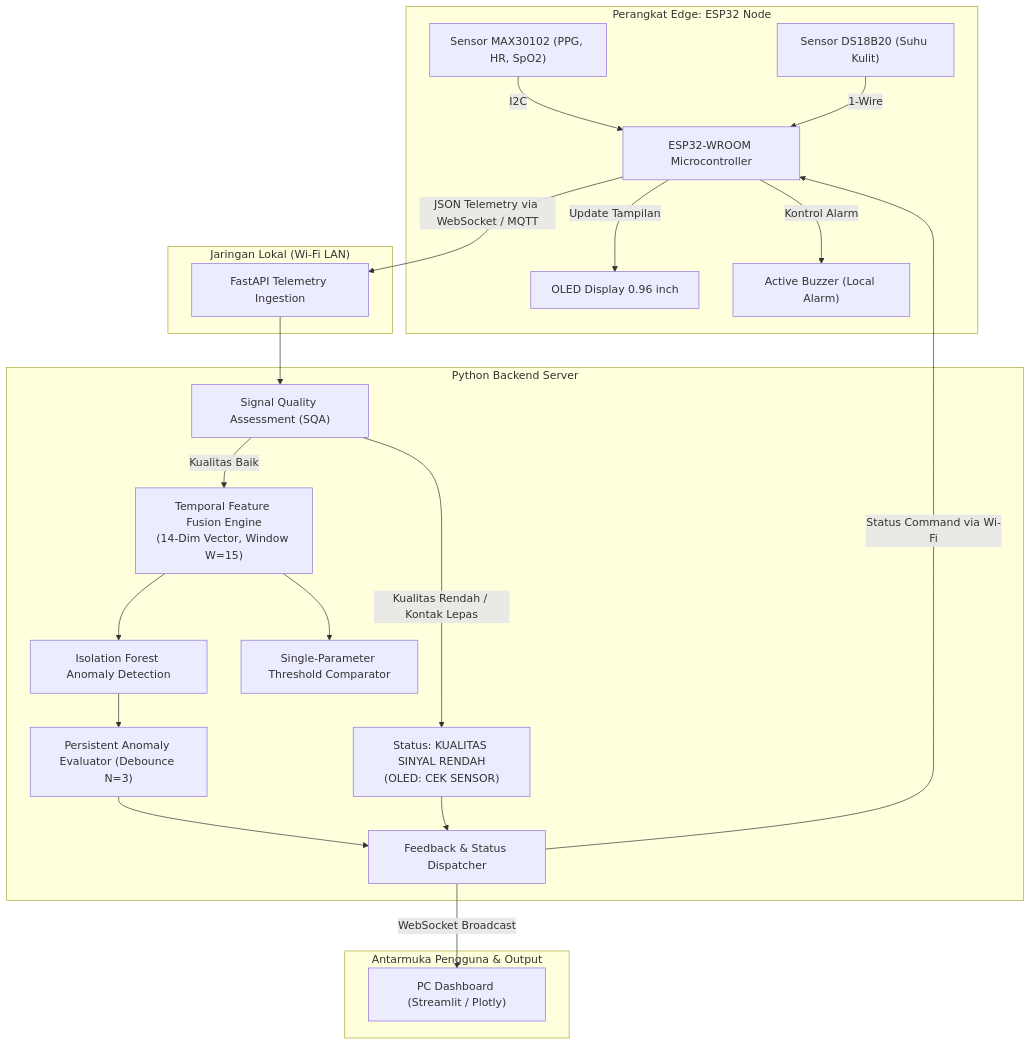
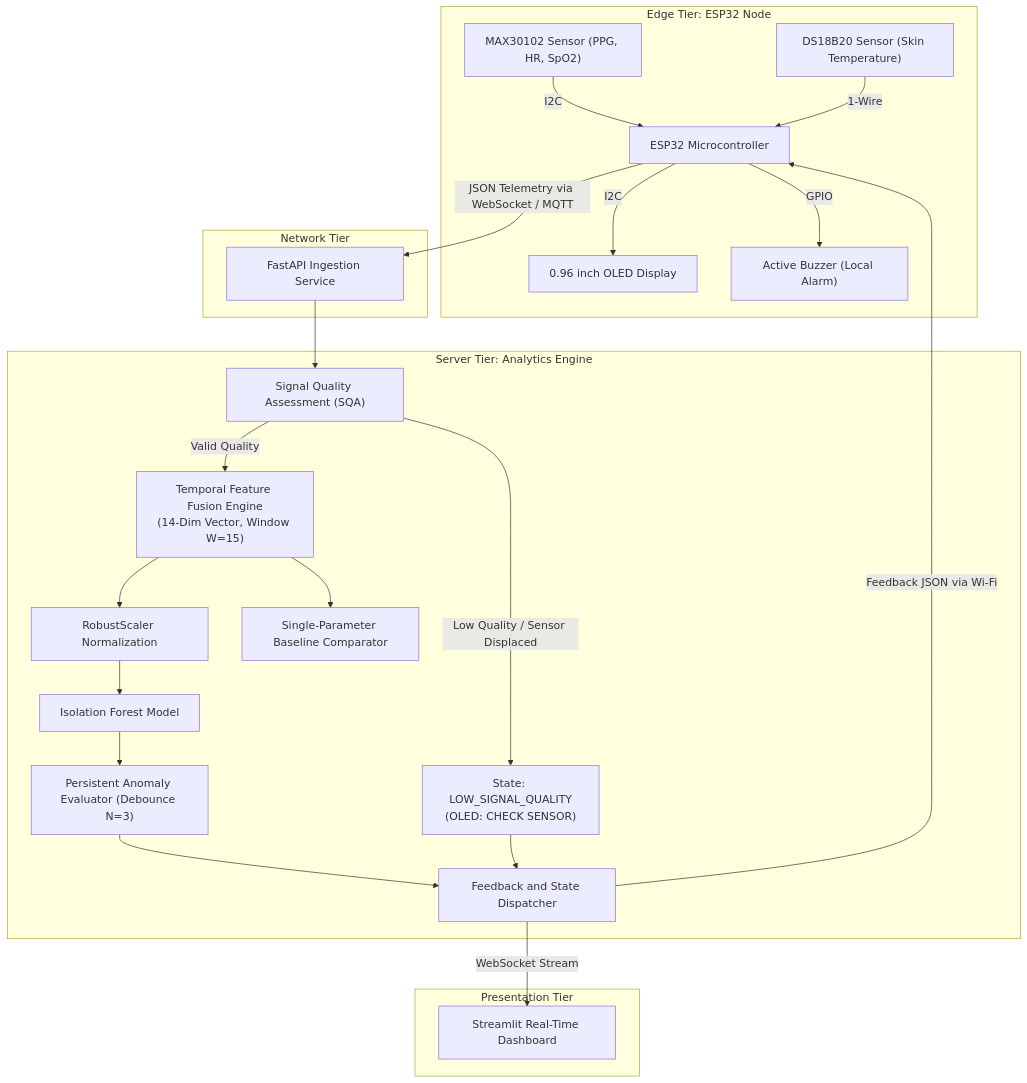
One commit to Rnvz/IoT-based-Physiological-Parameter-Monitoring-and-Anomaly-Detection changed the diagram in README.md. Above: the diagram before and after it, drawn with Mermaid. The commit also changed other lines of this file, not shown here.

````diff
--- a/README.md
+++ b/README.md
@@ -46,33 +52,34 @@
 ```mermaid
 flowchart TD
-    subgraph EdgeDevice ["Perangkat Edge: ESP32 Node"]
-        S1["Sensor MAX30102 (PPG, HR, SpO2)"] -->|I2C| ESP32["ESP32-WROOM Microcontroller"]
-        S2["Sensor DS18B20 (Suhu Kulit)"] -->|1-Wire| ESP32
+    subgraph Edge ["Edge Tier: ESP32 Node"]
+        S1["MAX30102 Sensor (PPG, HR, SpO2)"] -->|I2C| MCU["ESP32 Microcontroller"]
+        S2["DS18B20 Sensor (Skin Temperature)"] -->|1-Wire| MCU
         
-        ESP32 -->|Update Tampilan| OLED["OLED Display 0.96 inch"]
-        ESP32 -->|Kontrol Alarm| Buzzer["Active Buzzer (Local Alarm)"]
+        MCU -->|I2C| OLED["0.96 inch OLED Display"]
+        MCU -->|GPIO| BUZ["Active Buzzer (Local Alarm)"]
     end
 
-    subgraph Network ["Jaringan Lokal (Wi-Fi LAN)"]
-        ESP32 -->|JSON Telemetry via WebSocket / MQTT| Ingestion["FastAPI Telemetry Ingestion"]
+    subgraph Network ["Network Tier"]
+        MCU -->|JSON Telemetry via WebSocket / MQTT| SRV["FastAPI Ingestion Service"]
     end
 
-    subgraph Backend ["Python Backend Server"]
-        Ingestion --> SQA["Signal Quality Assessment (SQA)"]
+    subgraph Backend ["Server Tier: Analytics Engine"]
+        SRV --> SQA["Signal Quality Assessment (SQA)"]
         
-        SQA -->|Kualitas Rendah / Kontak Lepas| LowSQA["Status: KUALITAS SINYAL RENDAH\n(OLED: CEK SENSOR)"]
-        SQA -->|Kualitas Baik| FeatureEngine["Temporal Feature Fusion Engine\n(14-Dim Vector, Window W=15)"]
+        SQA -->|Low Quality / Sensor Displaced| STATE_SQA["State: LOW_SIGNAL_QUALITY\n(OLED: CHECK SENSOR)"]
+        SQA -->|Valid Quality| FEAT["Temporal Feature Fusion Engine\n(14-Dim Vector, Window W=15)"]
         
-        FeatureEngine --> ML["Isolation Forest Anomaly Detection"]
-        FeatureEngine --> Baseline["Single-Parameter Threshold Comparator"]
+        FEAT --> SCALER["RobustScaler Normalization"]
+        SCALER --> IF["Isolation Forest Model"]
+        FEAT --> BASE["Single-Parameter Baseline Comparator"]
         
-        ML --> Persistent["Persistent Anomaly Evaluator (Debounce N=3)"]
-        Persistent --> Dispatcher["Feedback & Status Dispatcher"]
-        LowSQA --> Dispatcher
+        IF --> DEBOUNCE["Persistent Anomaly Evaluator (Debounce N=3)"]
+        DEBOUNCE --> DISPATCH["Feedback and State Dispatcher"]
+        STATE_SQA --> DISPATCH
     end
 
-    subgraph Presentation ["Antarmuka Pengguna & Output"]
-        Dispatcher -->|Status Command via Wi-Fi| ESP32
-        Dispatcher -->|WebSocket Broadcast| Dashboard["PC Dashboard (Streamlit / Plotly)"]
+    subgraph Presentation ["Presentation Tier"]
+        DISPATCH -->|Feedback JSON via Wi-Fi| MCU
+        DISPATCH -->|WebSocket Stream| DASH["Streamlit Real-Time Dashboard"]
     end
 ```
````
